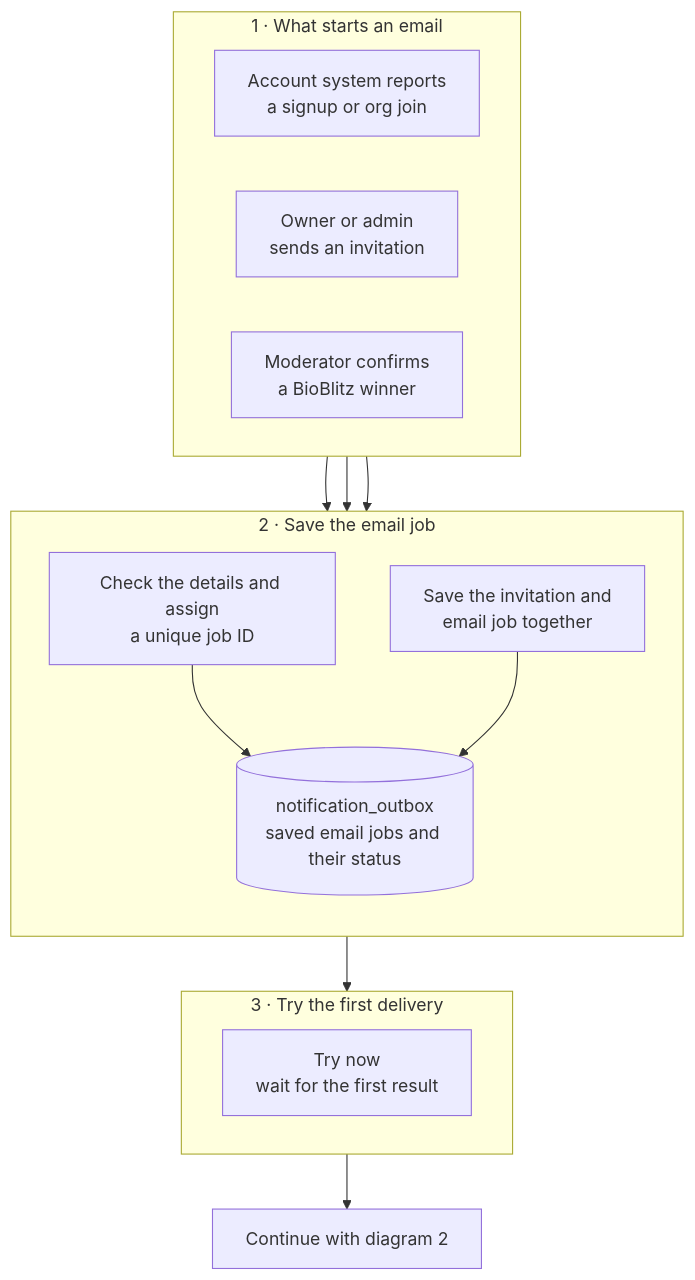
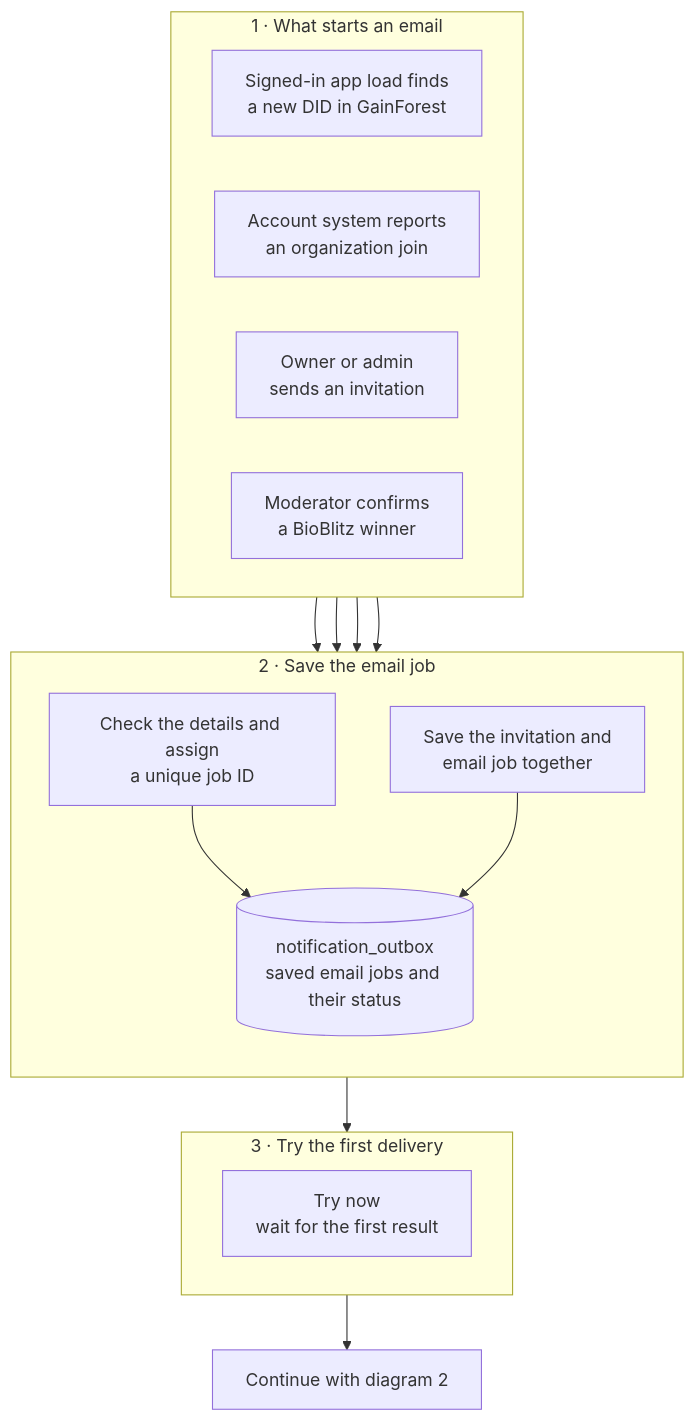
One commit to GainForest/gainforest-app changed the first of 4 diagrams in docs/email-notification-system.md. Above: the diagram before and after it, drawn with Mermaid. The commit also changed other lines of this file and 8 other files, not shown here.

Commit message:
welcome-email: send onboarding on first app use

````diff
--- a/docs/email-notification-system.md
+++ b/docs/email-notification-system.md
@@ -11,35 +11,37 @@
 ```mermaid
 flowchart TB
 
   subgraph Triggers["1 · What starts an email"]
     direction LR
 
-    Account["Account system reports<br/>a signup or org join"]
+    FirstUse["Signed-in app load finds<br/>a new DID in GainForest"]
+    Membership["Account system reports<br/>an organization join"]
     Invitation["Owner or admin<br/>sends an invitation"]
     BioBlitz["Moderator confirms<br/>a BioBlitz winner"]
   end
 
   subgraph Saving["2 · Save the email job"]
     direction TB
 
     SaveJob["Check the details and assign<br/>a unique job ID"]
     SaveTogether["Save the invitation and<br/>email job together"]
     Outbox[("notification_outbox<br/>saved email jobs and their status")]
   end
 
   subgraph Timing["3 · Try the first delivery"]
     direction LR
 
     TryNow["Try now<br/>wait for the first result"]
   end
 
-  Account --> SaveJob
+  FirstUse --> SaveJob
+  Membership --> SaveJob
   BioBlitz --> SaveJob
   Invitation --> SaveTogether
 
   SaveJob --> Outbox
   SaveTogether --> Outbox
 
   Outbox --> TryNow
   TryNow --> SendFlow["Continue with diagram 2"]
 ```
````
